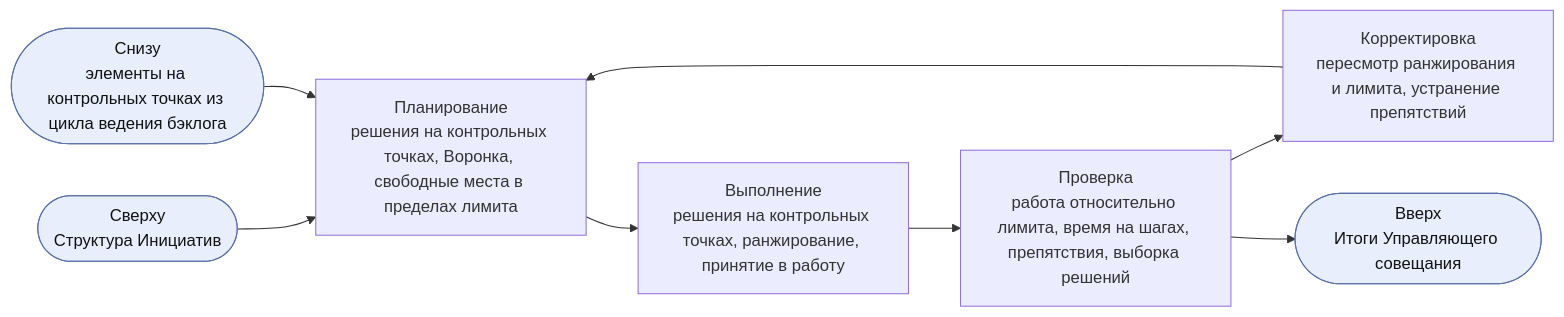
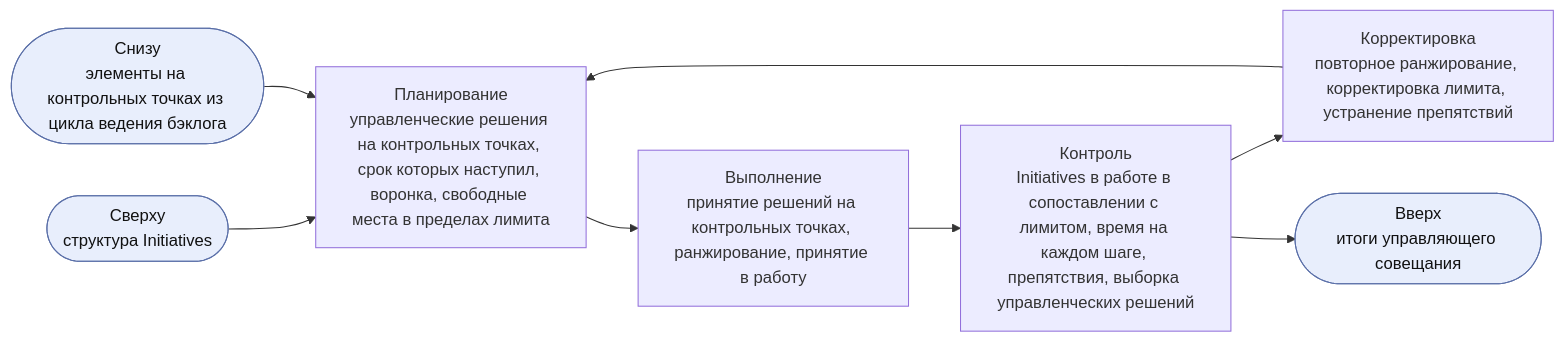
One commit to devhogu/ob-aicc changed the third of 8 diagrams in charter/ru/documents/portfolio-management-model.md. Above: the diagram before and after it, drawn with Mermaid. The commit also changed other lines of this file and 4 other files, not shown here.

````diff
--- a/charter/ru/documents/portfolio-management-model.md
+++ b/charter/ru/documents/portfolio-management-model.md
@@ -97,8 +97,8 @@
 ```mermaid
 flowchart LR
-  IN(["Сверху<br/>Структура Инициатив"]):::iface --> P
-  P["Планирование<br/>решения на контрольных точках, Воронка, свободные места в пределах лимита"] --> D["Выполнение<br/>решения на контрольных точках, ранжирование, принятие в работу"] --> C["Проверка<br/>работа относительно лимита, время на шагах, препятствия, выборка решений"] --> A["Корректировка<br/>пересмотр ранжирования и лимита, устранение препятствий"] --> P
+  IN(["Сверху<br/>структура Initiatives"]):::iface --> P
+  P["Планирование<br/>управленческие решения на контрольных точках, срок которых наступил, воронка, свободные места в пределах лимита"] --> D["Выполнение<br/>принятие решений на контрольных точках, ранжирование, принятие в работу"] --> C["Контроль<br/>Initiatives в работе в сопоставлении с лимитом, время на каждом шаге, препятствия, выборка управленческих решений"] --> A["Корректировка<br/>повторное ранжирование, корректировка лимита, устранение препятствий"] --> P
   EV(["Снизу<br/>элементы на контрольных точках из цикла ведения бэклога"]):::iface --> P
-  C --> UP(["Вверх<br/>Итоги Управляющего совещания"]):::iface
+  C --> UP(["Вверх<br/>итоги управляющего совещания"]):::iface
   classDef iface fill:#e8eefc,stroke:#5a6fa8,color:#111
 ```
````
